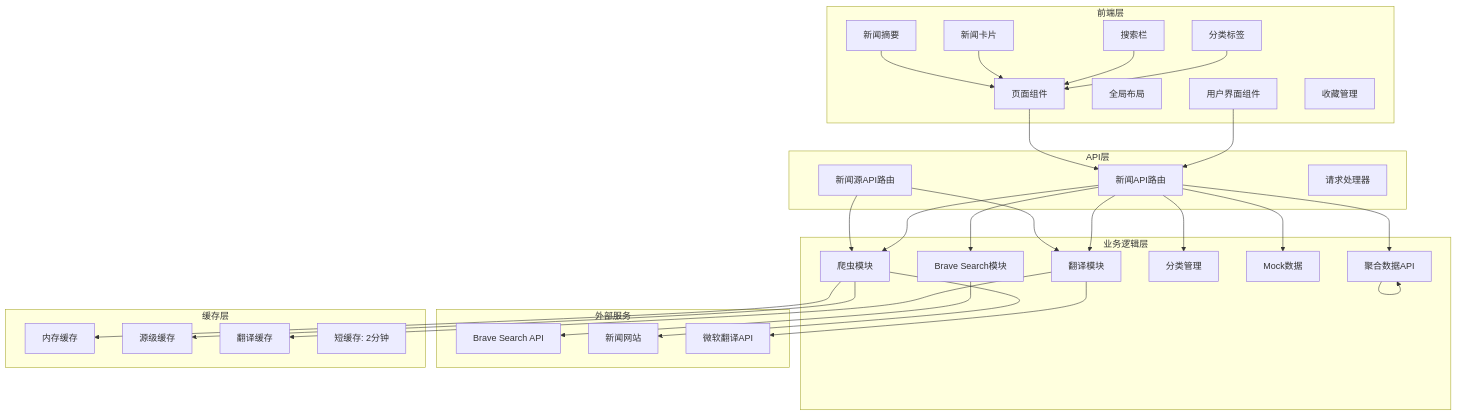
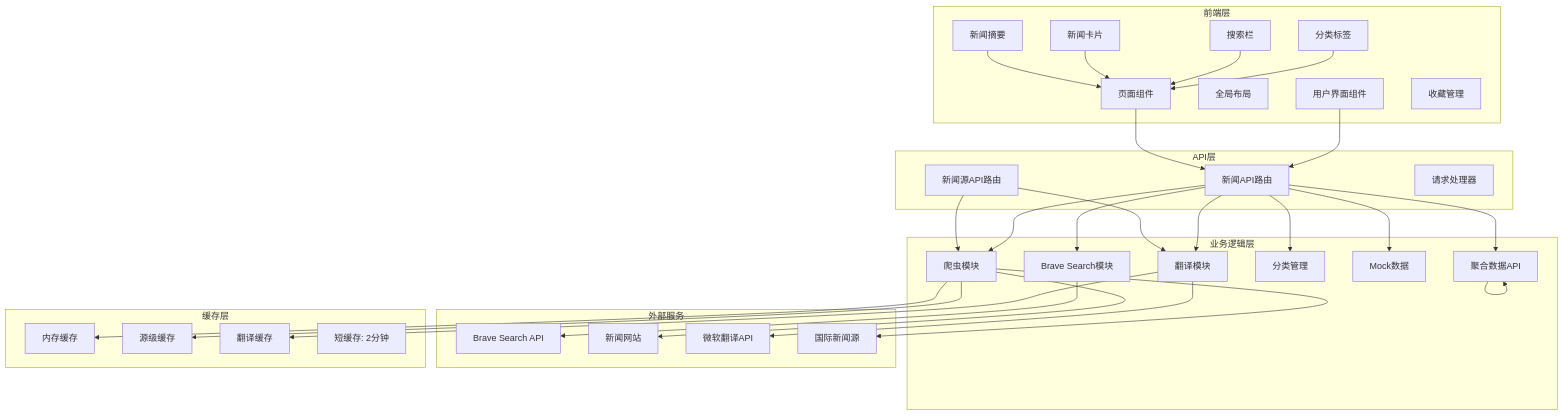
The first of 17 diagrams in .qoder/repowiki/zh/content/核心功能模块/新闻数据获取系统.md (zuozuoliu740-cmd/xianxiong-news), drawn with Mermaid before and after one commit. The commit also changed other lines of this file and 16 other files, not shown here.

````diff
--- a/.qoder/repowiki/zh/content/核心功能模块/新闻数据获取系统.md
+++ b/.qoder/repowiki/zh/content/核心功能模块/新闻数据获取系统.md
@@ -59,60 +63,62 @@
 ```mermaid
 graph TB
 subgraph "前端层"
 UI[用户界面组件]
 Layout[全局布局]
 Page[页面组件]
 CategoryTabs[分类标签]
 SearchBar[搜索栏]
 NewsCard[新闻卡片]
 NewsSummary[新闻摘要]
 Favorites[收藏功能]
 end
 subgraph "API层"
 NewsAPI[新闻API路由]
 SourcesAPI[新闻源API路由]
 Handler[请求处理器]
 end
 subgraph "业务逻辑层"
 Brave[Brave Search模块]
 Scraper[爬虫模块]
 Translator[翻译模块]
 Categories[分类管理]
 Mock[Mock数据]
 Favorites[收藏管理]
 JuheAPI[聚合数据API]
 end
 subgraph "外部服务"
 BraveAPI[Brave Search API]
 WebSites[新闻网站]
 EdgeAPI[微软翻译API]
 JuheAPI[聚合数据API]
+InternationalNews[国际新闻源]
 end
 subgraph "缓存层"
 MemoryCache[内存缓存]
 SourceCache[源级缓存]
 TranslateCache[翻译缓存]
 ShortCache[短缓存: 2分钟]
 end
 UI --> NewsAPI
 Page --> NewsAPI
 CategoryTabs --> Page
 SearchBar --> Page
 NewsCard --> Page
 NewsSummary --> Page
 NewsAPI --> Brave
 NewsAPI --> Scraper
 NewsAPI --> Translator
 NewsAPI --> Categories
 NewsAPI --> Mock
 NewsAPI --> JuheAPI
 SourcesAPI --> Scraper
 SourcesAPI --> Translator
 Brave --> BraveAPI
 Scraper --> WebSites
+Scraper --> InternationalNews
 Translator --> EdgeAPI
 Scraper --> MemoryCache
 Scraper --> SourceCache
 Translator --> TranslateCache
 JuheAPI --> JuheAPI
 ```
````
